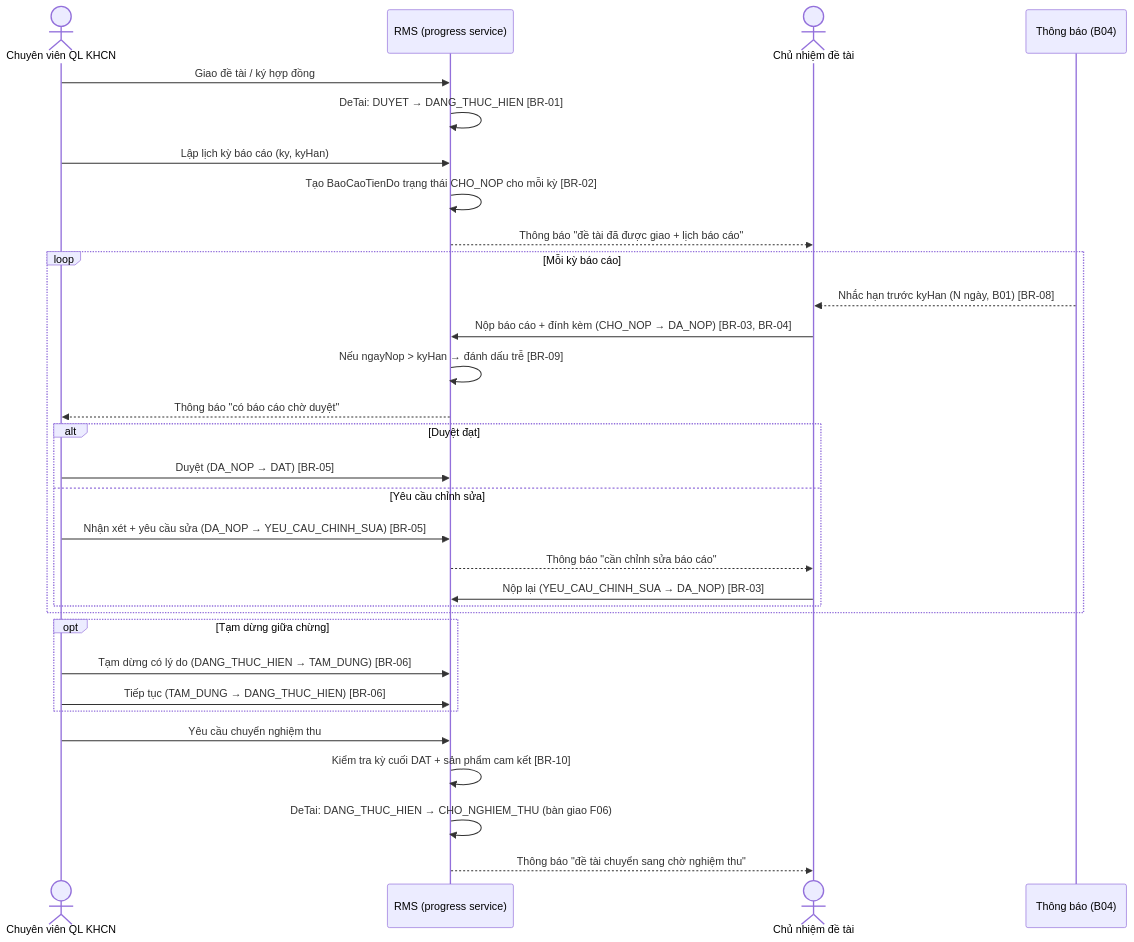
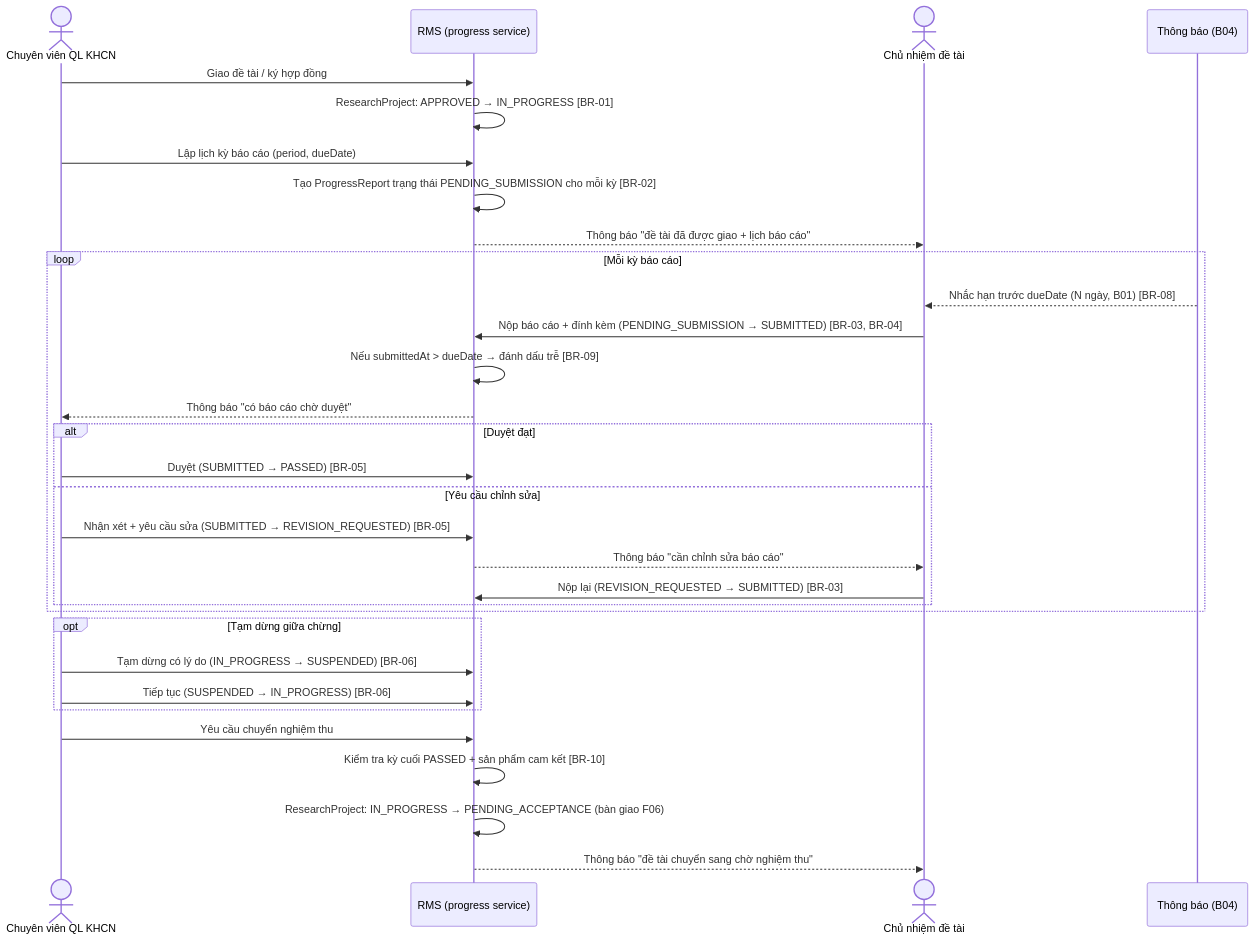
The first of 3 diagrams in docs/features/F04-quan-ly-tien-do/spec.md (PTZero2026/rms-docs), drawn with Mermaid before and after one commit. The commit also changed other lines of this file and 44 other files, not shown here.

Commit message:
docs: update project roadmap, architecture decisions, and comprehensive documentation for core features and testing plans

````diff
--- a/docs/features/F04-quan-ly-tien-do/spec.md
+++ b/docs/features/F04-quan-ly-tien-do/spec.md
@@ -61,37 +61,37 @@
 ```mermaid
 sequenceDiagram
     actor CV as Chuyên viên QL KHCN
     participant SYS as RMS (progress service)
     actor CN as Chủ nhiệm đề tài
     participant B04 as Thông báo (B04)
 
     CV->>SYS: Giao đề tài / ký hợp đồng
-    SYS->>SYS: DeTai: DUYET → DANG_THUC_HIEN [BR-01]
-    CV->>SYS: Lập lịch kỳ báo cáo (ky, kyHan)
-    SYS->>SYS: Tạo BaoCaoTienDo trạng thái CHO_NOP cho mỗi kỳ [BR-02]
+    SYS->>SYS: ResearchProject: APPROVED → IN_PROGRESS [BR-01]
+    CV->>SYS: Lập lịch kỳ báo cáo (period, dueDate)
+    SYS->>SYS: Tạo ProgressReport trạng thái PENDING_SUBMISSION cho mỗi kỳ [BR-02]
     SYS-->>CN: Thông báo "đề tài đã được giao + lịch báo cáo"
 
     loop Mỗi kỳ báo cáo
-        B04-->>CN: Nhắc hạn trước kyHan (N ngày, B01) [BR-08]
-        CN->>SYS: Nộp báo cáo + đính kèm (CHO_NOP → DA_NOP) [BR-03, BR-04]
-        SYS->>SYS: Nếu ngayNop > kyHan → đánh dấu trễ [BR-09]
+        B04-->>CN: Nhắc hạn trước dueDate (N ngày, B01) [BR-08]
+        CN->>SYS: Nộp báo cáo + đính kèm (PENDING_SUBMISSION → SUBMITTED) [BR-03, BR-04]
+        SYS->>SYS: Nếu submittedAt > dueDate → đánh dấu trễ [BR-09]
         SYS-->>CV: Thông báo "có báo cáo chờ duyệt"
         alt Duyệt đạt
-            CV->>SYS: Duyệt (DA_NOP → DAT) [BR-05]
+            CV->>SYS: Duyệt (SUBMITTED → PASSED) [BR-05]
         else Yêu cầu chỉnh sửa
-            CV->>SYS: Nhận xét + yêu cầu sửa (DA_NOP → YEU_CAU_CHINH_SUA) [BR-05]
+            CV->>SYS: Nhận xét + yêu cầu sửa (SUBMITTED → REVISION_REQUESTED) [BR-05]
             SYS-->>CN: Thông báo "cần chỉnh sửa báo cáo"
-            CN->>SYS: Nộp lại (YEU_CAU_CHINH_SUA → DA_NOP) [BR-03]
+            CN->>SYS: Nộp lại (REVISION_REQUESTED → SUBMITTED) [BR-03]
         end
     end
 
     opt Tạm dừng giữa chừng
-        CV->>SYS: Tạm dừng có lý do (DANG_THUC_HIEN → TAM_DUNG) [BR-06]
-        CV->>SYS: Tiếp tục (TAM_DUNG → DANG_THUC_HIEN) [BR-06]
+        CV->>SYS: Tạm dừng có lý do (IN_PROGRESS → SUSPENDED) [BR-06]
+        CV->>SYS: Tiếp tục (SUSPENDED → IN_PROGRESS) [BR-06]
     end
 
     CV->>SYS: Yêu cầu chuyển nghiệm thu
-    SYS->>SYS: Kiểm tra kỳ cuối DAT + sản phẩm cam kết [BR-10]
-    SYS->>SYS: DeTai: DANG_THUC_HIEN → CHO_NGHIEM_THU (bàn giao F06)
+    SYS->>SYS: Kiểm tra kỳ cuối PASSED + sản phẩm cam kết [BR-10]
+    SYS->>SYS: ResearchProject: IN_PROGRESS → PENDING_ACCEPTANCE (bàn giao F06)
     SYS-->>CN: Thông báo "đề tài chuyển sang chờ nghiệm thu"
 ```
````
